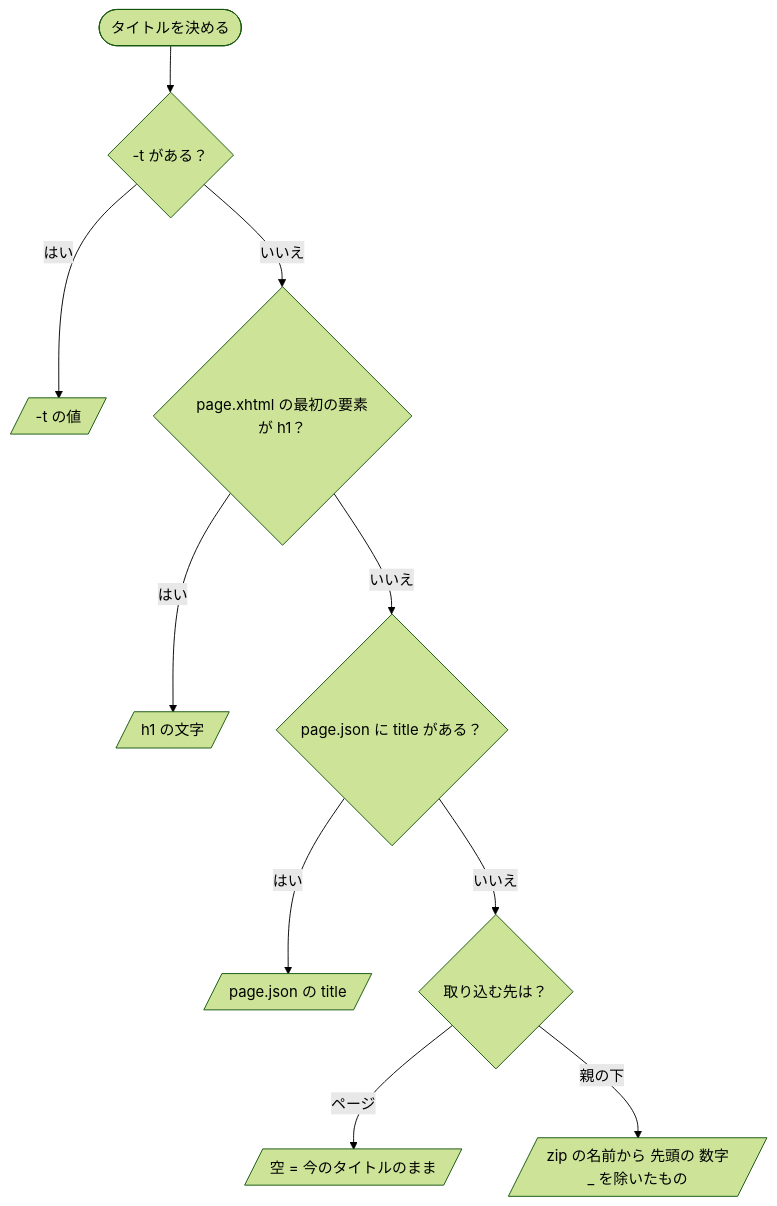
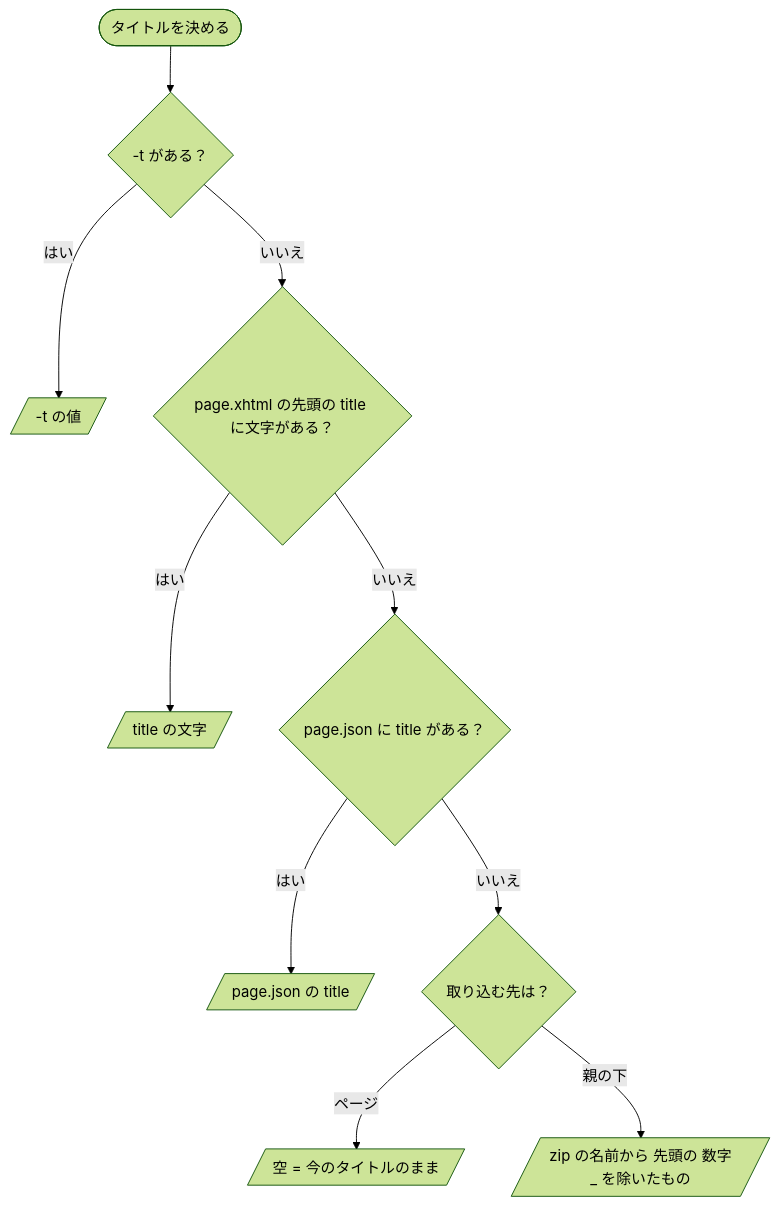
One commit to cr1315/.rayrc changed the third of 6 diagrams in src/80_confluence/refactoring.md. Above: the diagram before and after it, drawn with Mermaid (forest theme). The commit also changed other lines of this file and 3 other files, not shown here.

````diff
--- a/src/80_confluence/refactoring.md
+++ b/src/80_confluence/refactoring.md
@@ -81,12 +82,12 @@
 ```mermaid
 flowchart TD
     S([タイトルを決める]) --> T{"-t がある？"}
     T -- はい --> RT[/-t の値/]
-    T -- いいえ --> H{"page.xhtml の最初の要素が h1？"}
-    H -- はい --> RH[/h1 の文字/]
+    T -- いいえ --> H{"page.xhtml の先頭の title に文字がある？"}
+    H -- はい --> RH[/title の文字/]
     H -- いいえ --> J{"page.json に title がある？"}
     J -- はい --> RJ[/page.json の title/]
     J -- いいえ --> K{"取り込む先は？"}
     K -- ページ --> RK[/空 = 今のタイトルのまま/]
     K -- 親の下 --> RZ[/zip の名前から 先頭の 数字_ を除いたもの/]
 ```
````
